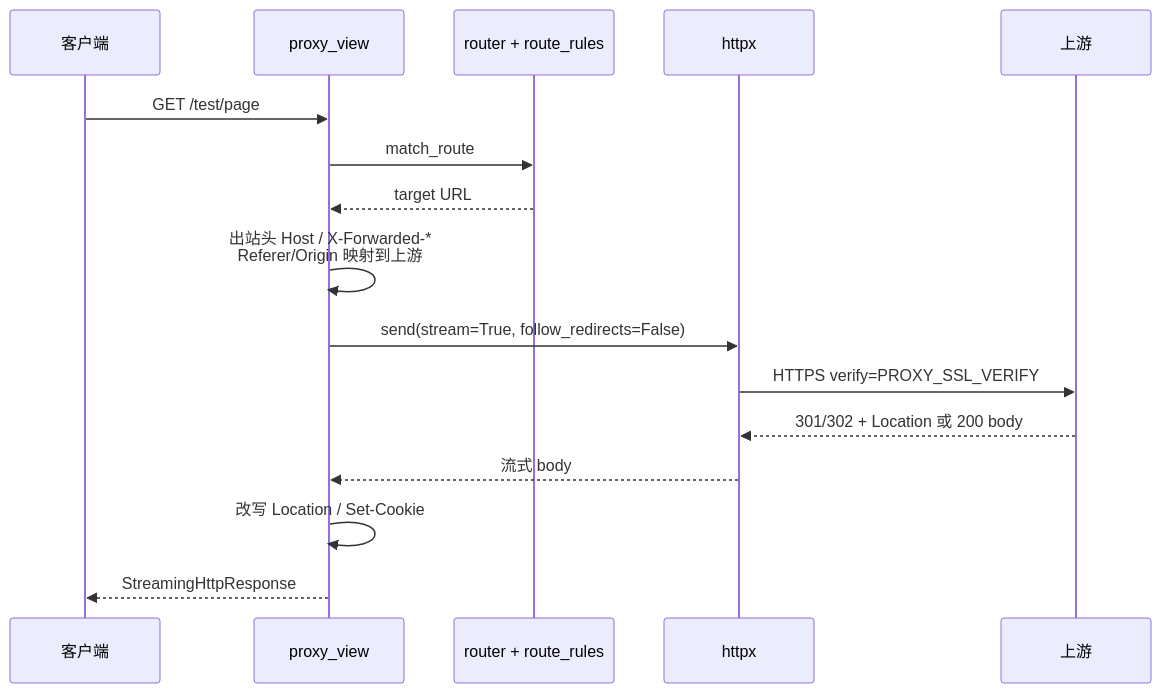
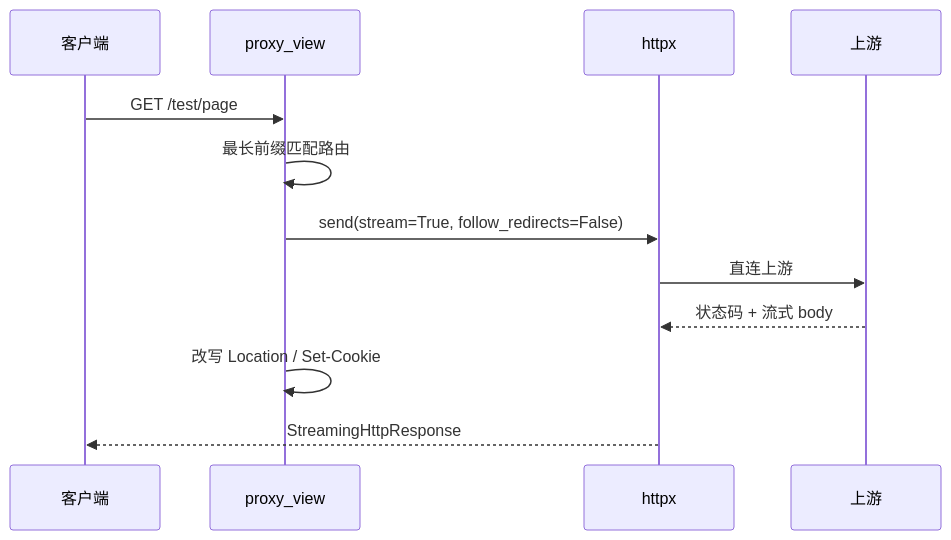
One commit to zhuddd/django_proxy changed the second of 2 diagrams in docs/项目文档.md. Above: the diagram before and after it, drawn with Mermaid. The commit also changed other lines of this file and 138 other files, not shown here.

````diff
--- a/docs/项目文档.md
+++ b/docs/项目文档.md
@@ -100,19 +110,15 @@
 ```mermaid
 sequenceDiagram
     participant C as 客户端
-    participant G as proxy_view
-    participant R as router + route_rules
+    participant P as proxy_view
     participant H as httpx
     participant U as 上游
 
-    C->>G: GET /test/page
-    G->>R: match_route
-    R-->>G: target URL
-    G->>G: 出站头 Host / X-Forwarded-*<br/>Referer/Origin 映射到上游
-    G->>H: send(stream=True, follow_redirects=False)
-    H->>U: HTTPS verify=PROXY_SSL_VERIFY
-    U-->>H: 301/302 + Location 或 200 body
-    H-->>G: 流式 body
-    G->>G: 改写 Location / Set-Cookie
-    G-->>C: StreamingHttpResponse
+    C->>P: GET /test/page
+    P->>P: 最长前缀匹配路由
+    P->>H: send(stream=True, follow_redirects=False)
+    H->>U: 直连上游
+    U-->>H: 状态码 + 流式 body
+    P->>P: 改写 Location / Set-Cookie
+    H-->>C: StreamingHttpResponse
 ```
````
